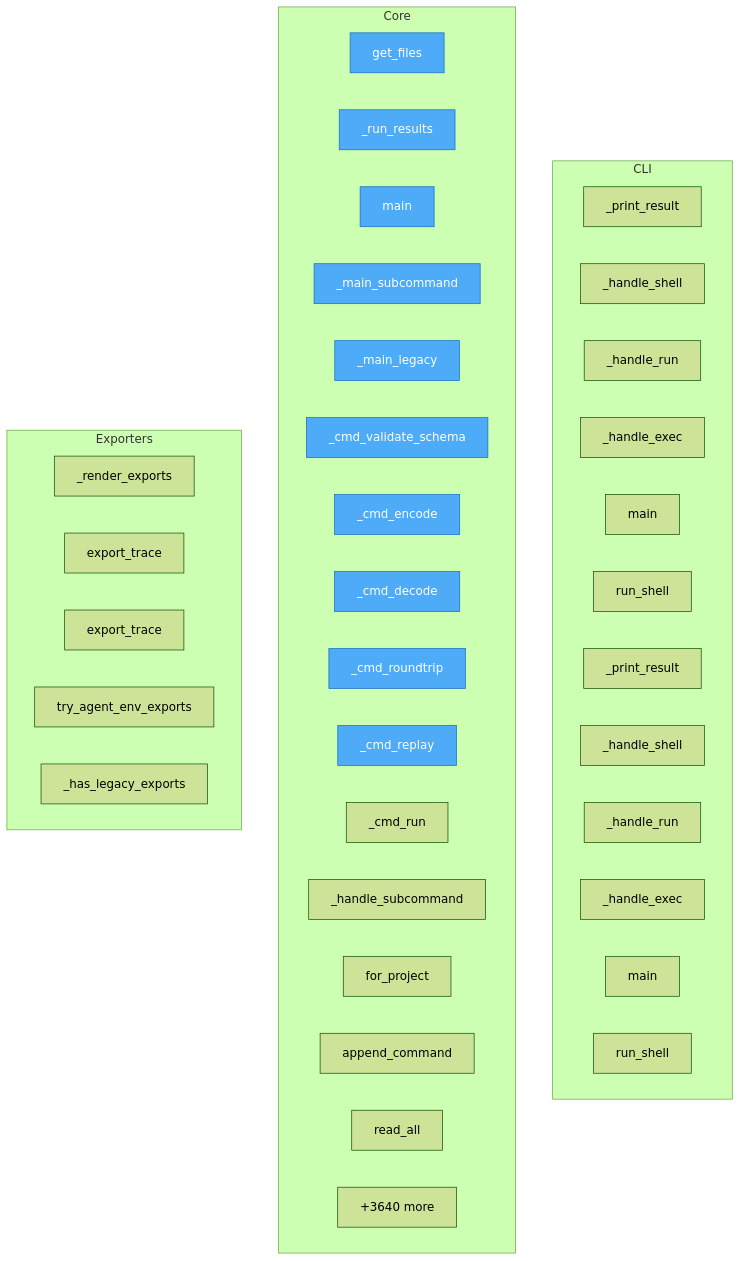
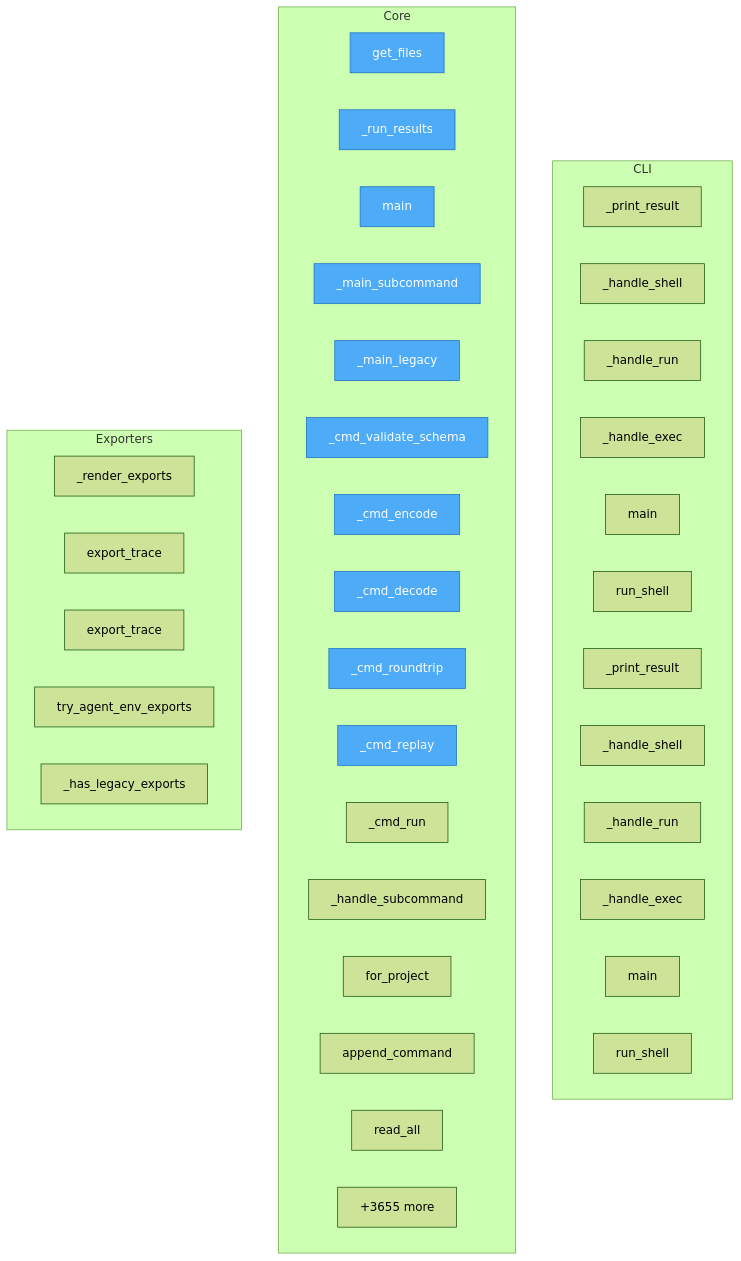
Before and after one commit to semcod/koru: the diagram in project/flow.mmd, drawn with Mermaid (forest theme). The commit also changed 30 other files, not shown here.

```diff
--- a/project/flow.mmd
+++ b/project/flow.mmd
@@ -1,49 +1,49 @@
 flowchart TD
-%% generated in 1.37s
+%% generated in 1.71s
 
     %% Entry points (blue)
     classDef entry fill:#4dabf7,stroke:#1971c2,color:#fff
 
     subgraph CLI
         packages__cli2koru__src__cli2koru__cli___print_result["_print_result"]
         packages__cli2koru__src__cli2koru__cli___handle_shell["_handle_shell"]
         packages__cli2koru__src__cli2koru__cli___handle_run["_handle_run"]
         packages__cli2koru__src__cli2koru__cli___handle_exec["_handle_exec"]
         packages__cli2koru__src__cli2koru__cli__main["main"]
         packages__cli2koru__src__cli2koru__shell__run_shell["run_shell"]
         packages__cli2coru__src__cli2coru__cli___print_result["_print_result"]
         packages__cli2coru__src__cli2coru__cli___handle_shell["_handle_shell"]
         packages__cli2coru__src__cli2coru__cli___handle_run["_handle_run"]
         packages__cli2coru__src__cli2coru__cli___handle_exec["_handle_exec"]
         packages__cli2coru__src__cli2coru__cli__main["main"]
         packages__cli2coru__src__cli2coru__shell__run_shell["run_shell"]
     end
 
     subgraph Core
         check_dups__get_files["get_files"]
         packages__dsl2koru__src__dsl2koru__cli___run_results["_run_results"]
         packages__dsl2koru__src__dsl2koru__cli__main["main"]
         packages__dsl2koru__src__dsl2koru__cli___main_subcommand["_main_subcommand"]
         packages__dsl2koru__src__dsl2koru__cli___main_legacy["_main_legacy"]
         packages__dsl2koru__src__dsl2koru__cli___cmd_validate_schema["_cmd_validate_schema"]
         packages__dsl2koru__src__dsl2koru__cli___cmd_encode["_cmd_encode"]
         packages__dsl2koru__src__dsl2koru__cli___cmd_decode["_cmd_decode"]
         packages__dsl2koru__src__dsl2koru__cli___cmd_roundtrip["_cmd_roundtrip"]
         packages__dsl2koru__src__dsl2koru__cli___cmd_replay["_cmd_replay"]
         packages__dsl2koru__src__dsl2koru__cli___cmd_run["_cmd_run"]
         packages__dsl2koru__src__dsl2koru__cli___handle_subcommand["_handle_subcommand"]
         packages__dsl2koru__src__dsl2koru__events__EventStore__for_project["for_project"]
         packages__dsl2koru__src__dsl2koru__events__EventStore__append_command["append_command"]
         packages__dsl2koru__src__dsl2koru__events__EventStore__read_all["read_all"]
-        ...["+3640 more"]
+        ...["+3655 more"]
     end
 
     subgraph Exporters
         packages__koruenv__src__koruenv__cli___render_exports["_render_exports"]
         packages__nlpshim__src__nlpshim__conversation_client__ConversationTestClient__export_trace["export_trace"]
         packages__nlpshim__src__nlpshim__conversation_test_api__export_trace["export_trace"]
         src__koru__agent_cli_helpers__try_agent_env_exports["try_agent_env_exports"]
         src__koru__cli___has_legacy_exports["_has_legacy_exports"]
     end
 
     class check_dups__get_files,packages__dsl2koru__src__dsl2koru__cli___run_results,packages__dsl2koru__src__dsl2koru__cli__main,packages__dsl2koru__src__dsl2koru__cli___main_subcommand,packages__dsl2koru__src__dsl2koru__cli___main_legacy,packages__dsl2koru__src__dsl2koru__cli___cmd_validate_schema,packages__dsl2koru__src__dsl2koru__cli___cmd_encode,packages__dsl2koru__src__dsl2koru__cli___cmd_decode,packages__dsl2koru__src__dsl2koru__cli___cmd_roundtrip,packages__dsl2koru__src__dsl2koru__cli___cmd_replay entry
```
